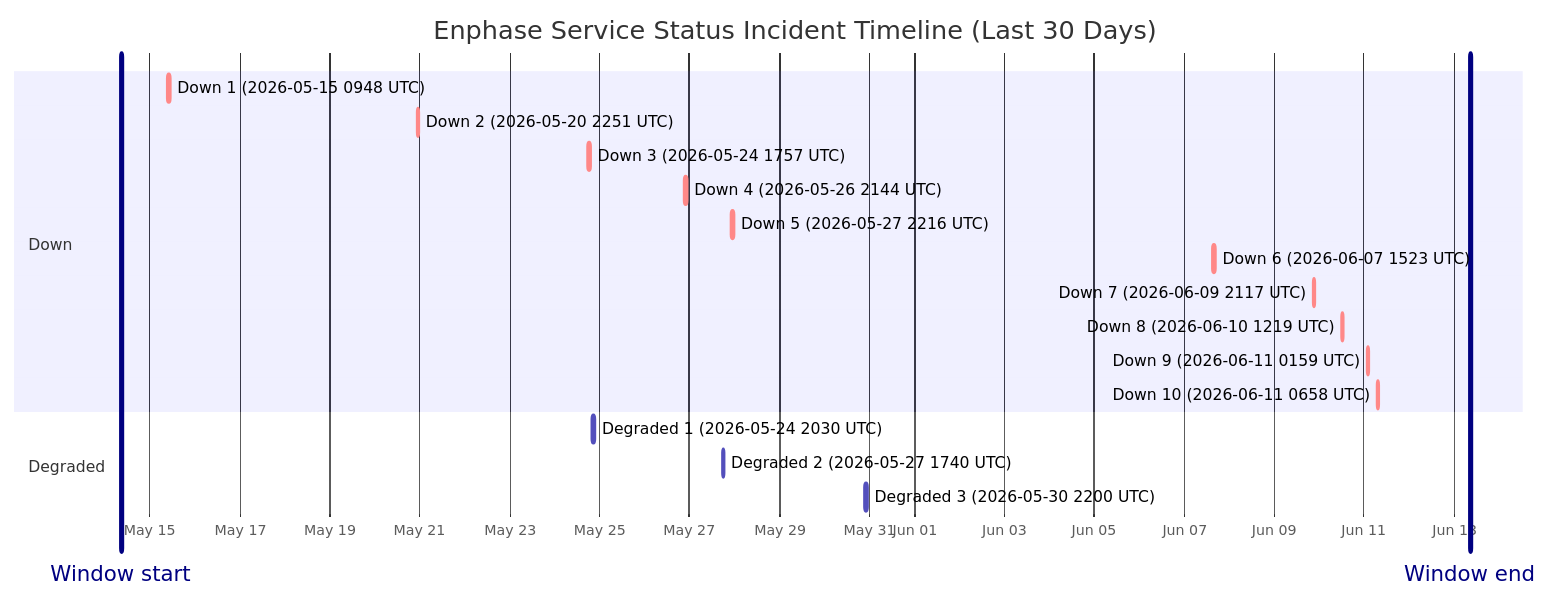
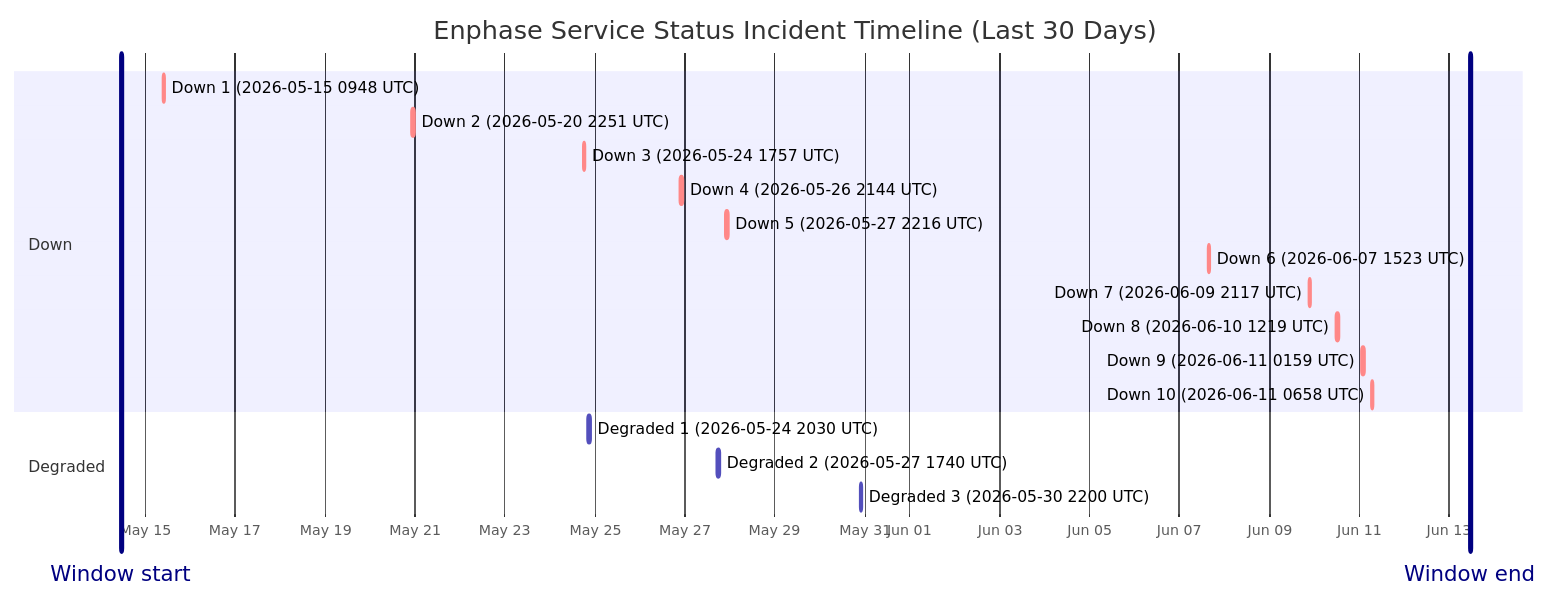
Before and after one commit to barneyonline/ha-enphase-energy: the diagram in wiki/Service-Status-History.md, drawn with Mermaid. The commit also changed other lines of this file and 3 other files, not shown here.

````diff
--- a/wiki/Service-Status-History.md
+++ b/wiki/Service-Status-History.md
@@ -14,23 +14,23 @@
 ```mermaid
 gantt
     title Enphase Service Status Incident Timeline (Last 30 Days)
     dateFormat  YYYY-MM-DDTHH:mm:ss
     axisFormat  %b %d
-    Window start :vert, window-start, 2026-05-14T08:36:05, 0ms
-    Window end :vert, window-end, 2026-06-13T08:36:05, 0ms
+    Window start :vert, window-start, 2026-05-14T11:13:08, 0ms
+    Window end :vert, window-end, 2026-06-13T11:13:08, 0ms
     section Down
     Down 1 (2026-05-15 0948 UTC) :crit, down-1, 2026-05-15T09:48:18, 60m
     Down 2 (2026-05-20 2251 UTC) :crit, down-2, 2026-05-20T22:51:14, 75m
     Down 3 (2026-05-24 1757 UTC) :crit, down-3, 2026-05-24T17:57:41, 86m
     Down 4 (2026-05-26 2144 UTC) :crit, down-4, 2026-05-26T21:44:11, 85m
     Down 5 (2026-05-27 2216 UTC) :crit, down-5, 2026-05-27T22:16:53, 87m
     Down 6 (2026-06-07 1523 UTC) :crit, down-6, 2026-06-07T15:23:22, 87m
     Down 7 (2026-06-09 2117 UTC) :crit, down-7, 2026-06-09T21:17:17, 60m
     Down 8 (2026-06-10 1219 UTC) :crit, down-8, 2026-06-10T12:19:21, 60m
     Down 9 (2026-06-11 0159 UTC) :crit, down-9, 2026-06-11T01:59:36, 60m
     Down 10 (2026-06-11 0658 UTC) :crit, down-10, 2026-06-11T06:58:45, 60m
     section Degraded
     Degraded 1 (2026-05-24 2030 UTC) :active, degraded-1, 2026-05-24T20:30:57, 84m
     Degraded 2 (2026-05-27 1740 UTC) :active, degraded-2, 2026-05-27T17:40:52, 60m
     Degraded 3 (2026-05-30 2200 UTC) :active, degraded-3, 2026-05-30T22:00:37, 60m
 ```
````
